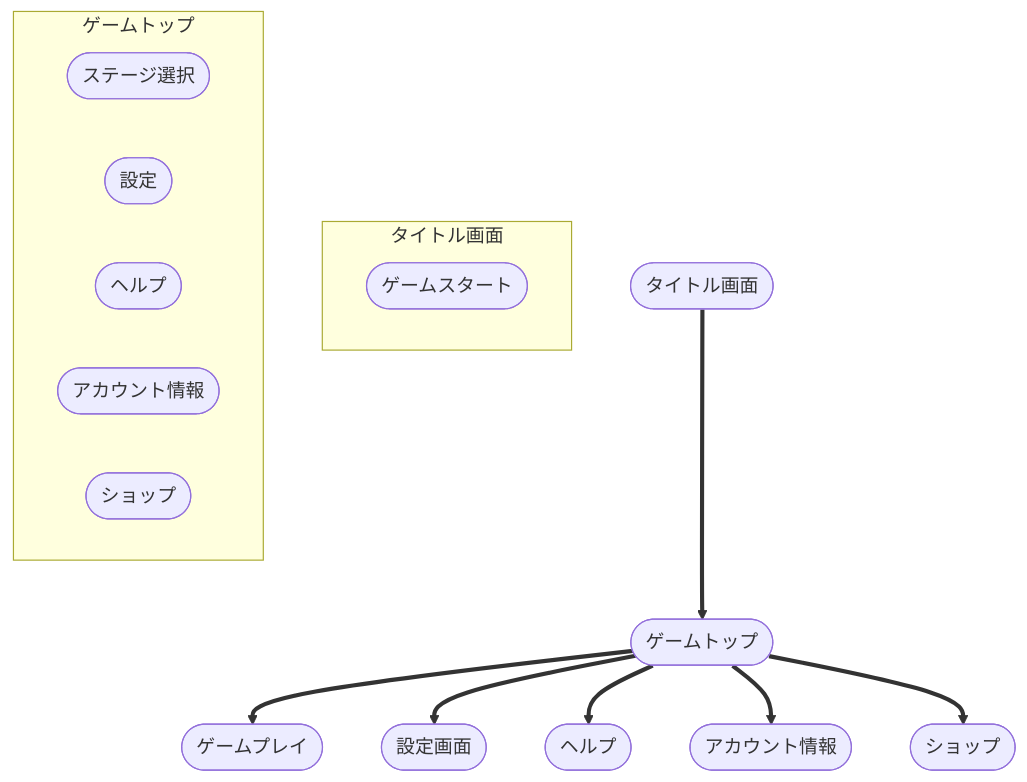
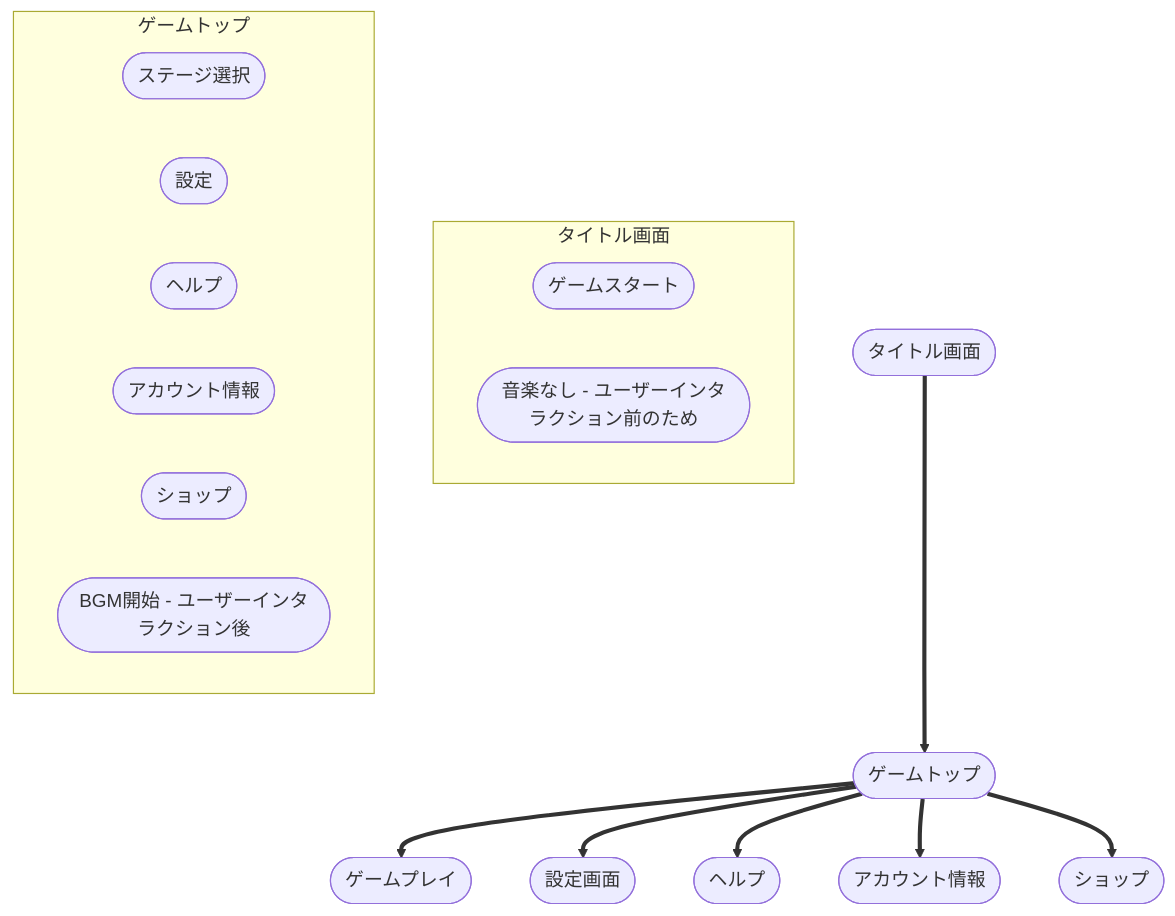
Before and after one commit to taku-o/awaputi2: the first of 6 diagrams in docs/planning/page_flow.md, drawn with Mermaid. The commit also changed other lines of this file and 18 other files, not shown here.

````diff
--- a/docs/planning/page_flow.md
+++ b/docs/planning/page_flow.md
@@ -9,28 +9,30 @@
 ```mermaid
 flowchart TD
     TITLE(["タイトル画面"])
     TOP(["ゲームトップ"])
     GAME(["ゲームプレイ"])
     SETTING(["設定画面"])
     HELP(["ヘルプ"])
     ACCOUNT(["アカウント情報"])
     SHOP(["ショップ"])
     TITLE ==> TOP
     TOP ==> GAME
     TOP ==> SETTING
     TOP ==> HELP
     TOP ==> ACCOUNT
     TOP ==> SHOP
 
     subgraph タイトル画面
         A(["ゲームスタート"])
+        B(["音楽なし - ユーザーインタラクション前のため"])
     end
 
     subgraph ゲームトップ
         B1(["ステージ選択"])
         B2(["設定"])
         B3(["ヘルプ"])
         B4(["アカウント情報"])
         B5(["ショップ"])
+        B6(["BGM開始 - ユーザーインタラクション後"])
     end
 ```
````
